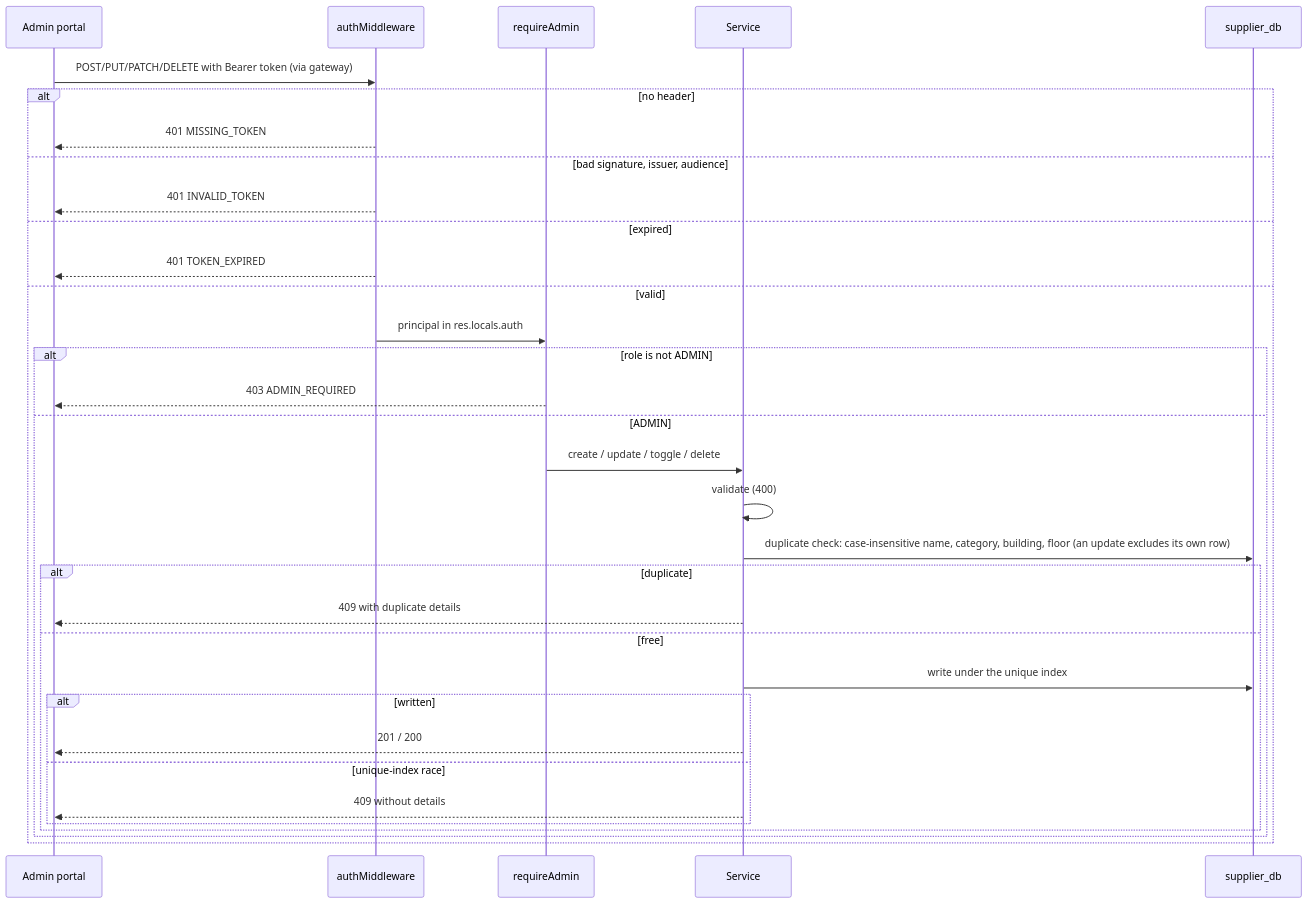
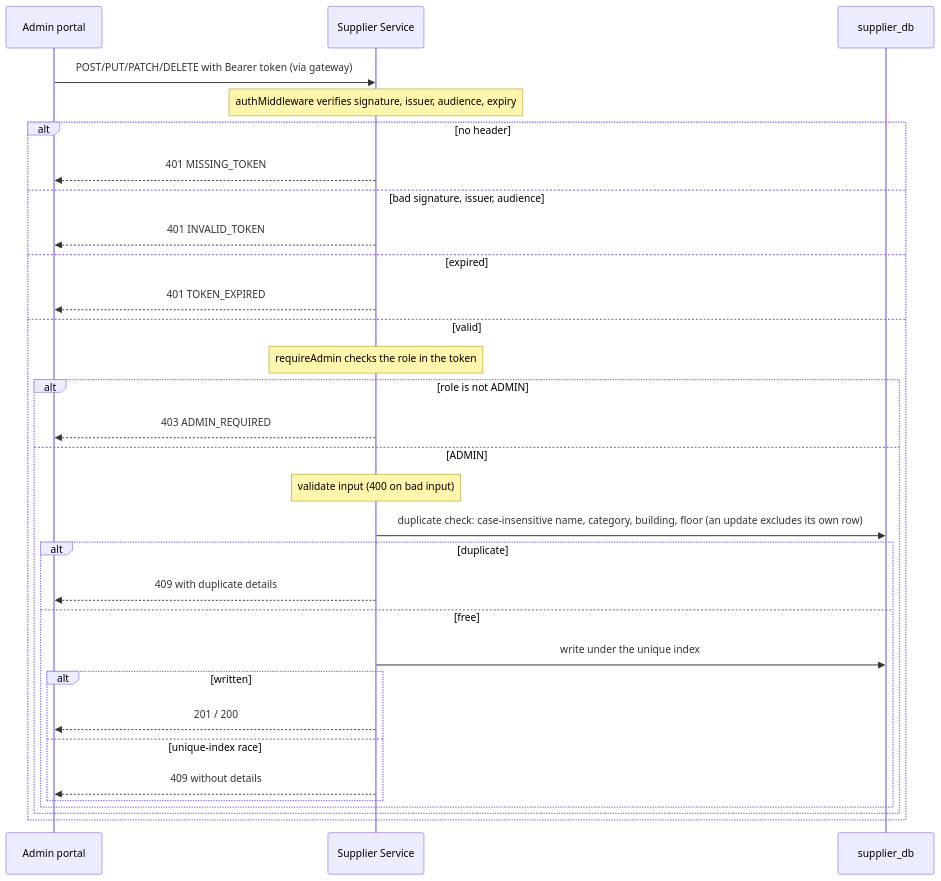
The fourth of 6 diagrams in docs/services/supplier-service/README.md (AY2627S1-CS3219-P25/friend-on-campus), drawn with Mermaid before and after one commit. The commit also changed other lines of this file and 7 other files, not shown here.

Commit message:
Adds SoC LLM Flow diagram, legends in digrams all services diagrams

````diff
--- a/docs/services/supplier-service/README.md
+++ b/docs/services/supplier-service/README.md
@@ -138,35 +122,33 @@
 ```mermaid
 sequenceDiagram
   participant A as Admin portal
-  participant M as authMiddleware
-  participant AD as requireAdmin
-  participant S as Service
+  participant SS as Supplier Service
   participant DB as supplier_db
-  A->>M: POST/PUT/PATCH/DELETE with Bearer token (via gateway)
+  A->>SS: POST/PUT/PATCH/DELETE with Bearer token (via gateway)
+  Note over SS: authMiddleware verifies signature, issuer, audience, expiry
   alt no header
-    M-->>A: 401 MISSING_TOKEN
+    SS-->>A: 401 MISSING_TOKEN
   else bad signature, issuer, audience
-    M-->>A: 401 INVALID_TOKEN
+    SS-->>A: 401 INVALID_TOKEN
   else expired
-    M-->>A: 401 TOKEN_EXPIRED
+    SS-->>A: 401 TOKEN_EXPIRED
   else valid
-    M->>AD: principal in res.locals.auth
+    Note over SS: requireAdmin checks the role in the token
     alt role is not ADMIN
-      AD-->>A: 403 ADMIN_REQUIRED
+      SS-->>A: 403 ADMIN_REQUIRED
     else ADMIN
-      AD->>S: create / update / toggle / delete
-      S->>S: validate (400)
-      S->>DB: duplicate check: case-insensitive name, category, building, floor (an update excludes its own row)
+      Note over SS: validate input (400 on bad input)
+      SS->>DB: duplicate check: case-insensitive name, category, building, floor (an update excludes its own row)
       alt duplicate
-        S-->>A: 409 with duplicate details
+        SS-->>A: 409 with duplicate details
       else free
-        S->>DB: write under the unique index
+        SS->>DB: write under the unique index
         alt written
-          S-->>A: 201 / 200
+          SS-->>A: 201 / 200
         else unique-index race
-          S-->>A: 409 without details
+          SS-->>A: 409 without details
         end
       end
     end
   end
 ```
````
